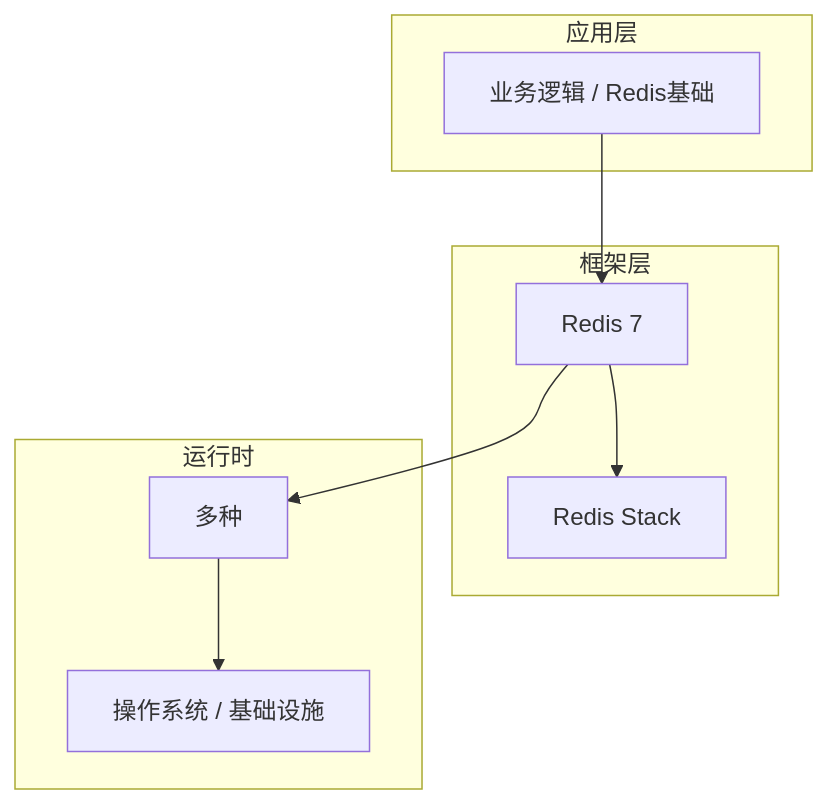
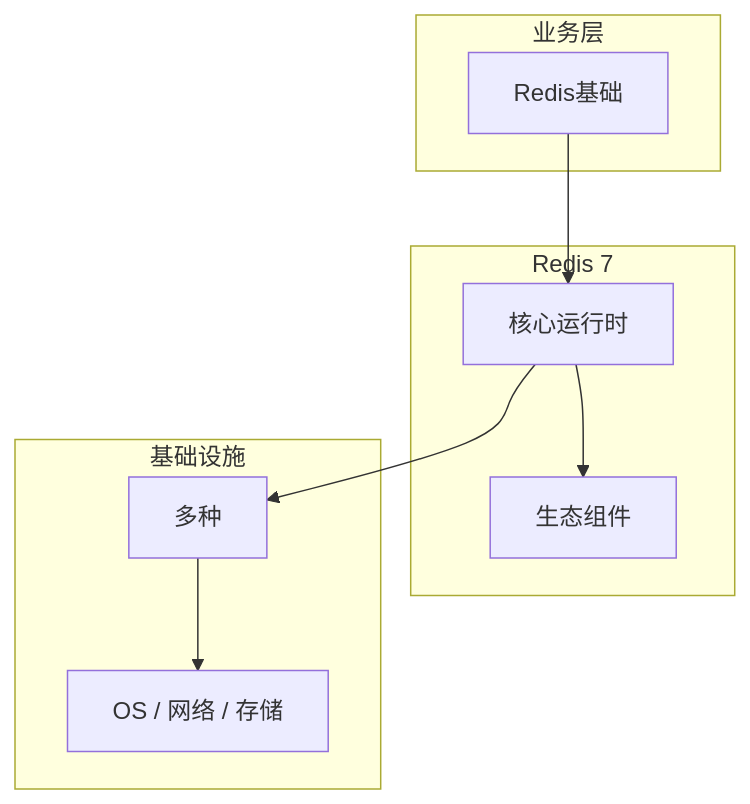
One commit to yanggan2015/knowledge-json-v2 changed the diagram in articles/Redis/chapters/001-Redis基础核心概念与原理.md. Above: the diagram before and after it, drawn with Mermaid. The commit also changed other lines of this file and 10127 other files, not shown here.

````diff
--- a/articles/Redis/chapters/001-Redis基础核心概念与原理.md
+++ b/articles/Redis/chapters/001-Redis基础核心概念与原理.md
@@ -45,18 +34,18 @@
 ```mermaid
 graph TB
-    subgraph 应用层
-        A[业务逻辑 / Redis基础]
+    subgraph 业务层
+        A[Redis基础]
     end
-    subgraph 框架层
-        B[Redis 7]
-        C[Redis Stack]
+    subgraph Redis 7
+        B[核心运行时]
+        C[生态组件]
     end
-    subgraph 运行时
+    subgraph 基础设施
         D[多种]
-        E[操作系统 / 基础设施]
+        E[OS / 网络 / 存储]
     end
     A --> B
     B --> C
     B --> D
     D --> E
 ```
````
